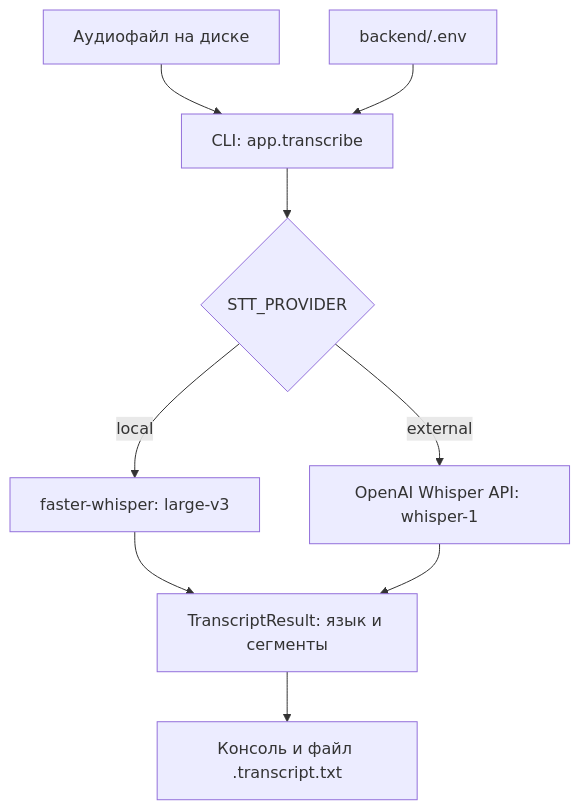
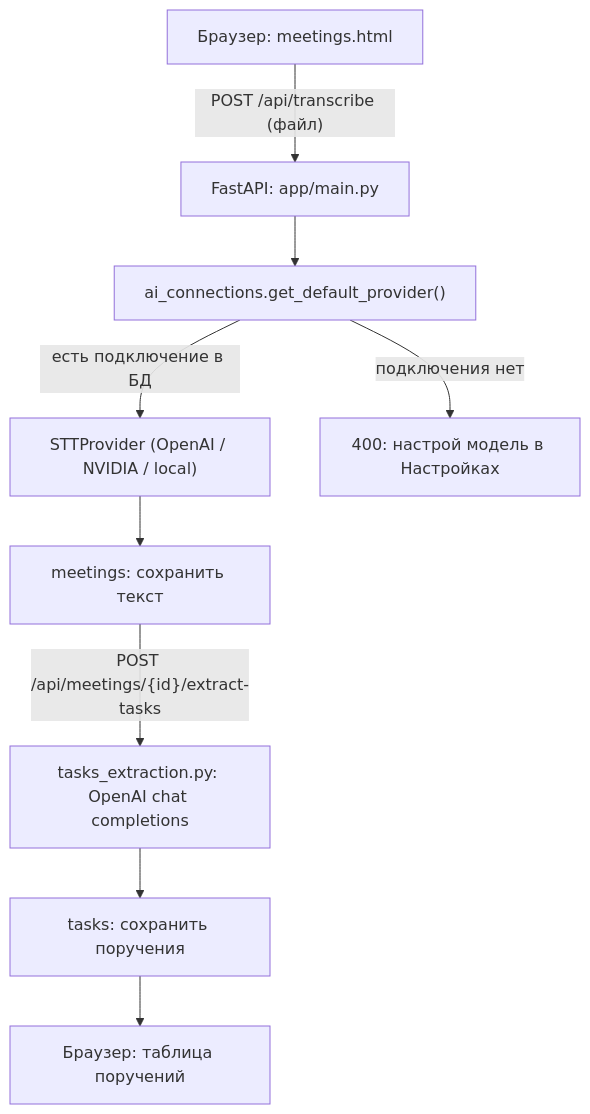
The diagram in README.md (BAITC-Hacks/hack-c449499f-socbrain), drawn with Mermaid before and after one commit. The commit also changed other lines of this file and 36 other files, not shown here.

````diff
--- a/README.md
+++ b/README.md
@@ -72,11 +29,11 @@
 ```mermaid
 flowchart TD
-    A["Аудиофайл на диске"] --> B["CLI: app.transcribe"]
-    C["backend/.env"] --> B
-    B --> D{"STT_PROVIDER"}
-    D -->|local| E["faster-whisper: large-v3"]
-    D -->|external| F["OpenAI Whisper API: whisper-1"]
-    E --> G["TranscriptResult: язык и сегменты"]
-    F --> G
-    G --> H["Консоль и файл .transcript.txt"]
+    U["Браузер: meetings.html"] -->|"POST /api/transcribe (файл)"| API["FastAPI: app/main.py"]
+    API --> AC["ai_connections.get_default_provider()"]
+    AC -->|"есть подключение в БД"| P1["STTProvider (OpenAI / NVIDIA / local)"]
+    AC -->|"подключения нет"| ERR["400: настрой модель в Настройках"]
+    P1 --> M["meetings: сохранить текст"]
+    M -->|"POST /api/meetings/{id}/extract-tasks"| LLM["tasks_extraction.py: OpenAI chat completions"]
+    LLM --> T["tasks: сохранить поручения"]
+    T --> U2["Браузер: таблица поручений"]
 ```
````
